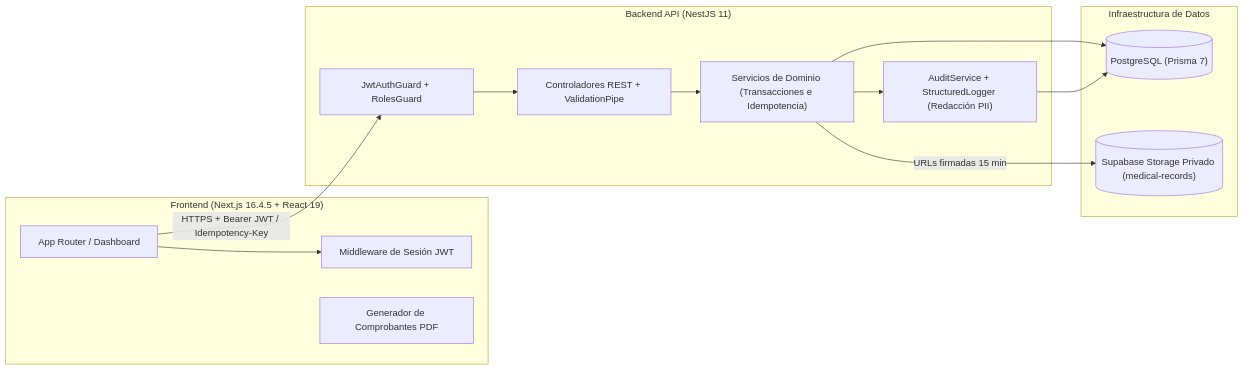
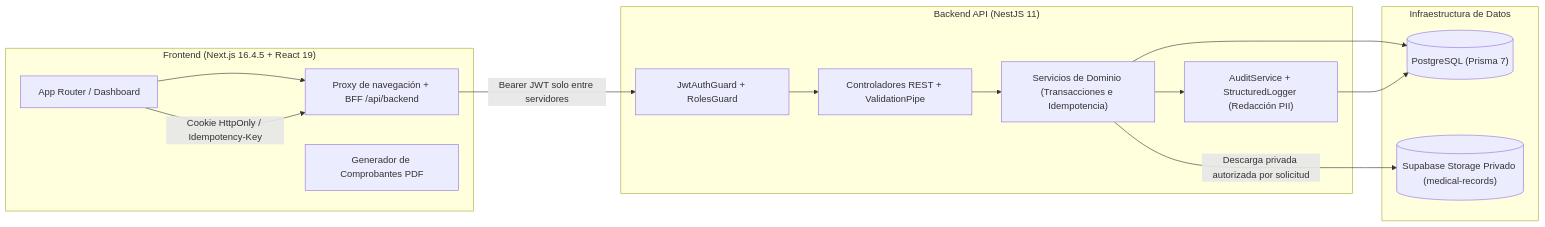
The diagram in README.md (tomireyes28/surmed-crm), drawn with Mermaid before and after one commit. The commit also changed other lines of this file and 14 other files, not shown here.

Commit message:
fix(web): proteger sesión con BFF HttpOnly y completar flujos de etapa 2

````diff
--- a/README.md
+++ b/README.md
@@ -9,29 +9,30 @@
 ```mermaid
 flowchart LR
   subgraph Cliente["Frontend (Next.js 16.4.5 + React 19)"]
     UI["App Router / Dashboard"]
-    MW["Middleware de Sesión JWT"]
+    MW["Proxy de navegación + BFF /api/backend"]
     PDF["Generador de Comprobantes PDF"]
   end
 
   subgraph Servidor["Backend API (NestJS 11)"]
     Guards["JwtAuthGuard + RolesGuard"]
     Controllers["Controladores REST + ValidationPipe"]
     Services["Servicios de Dominio (Transacciones e Idempotencia)"]
     Audit["AuditService + StructuredLogger (Redacción PII)"]
   end
 
   subgraph Persistencia["Infraestructura de Datos"]
     PG[("PostgreSQL (Prisma 7)")]
     SB[("Supabase Storage Privado (medical-records)")]
   end
 
   UI --> MW
-  UI -->|HTTPS + Bearer JWT / Idempotency-Key| Guards
+  UI -->|Cookie HttpOnly / Idempotency-Key| MW
+  MW -->|Bearer JWT solo entre servidores| Guards
   Guards --> Controllers
   Controllers --> Services
   Services --> PG
-  Services -->|URLs firmadas 15 min| SB
+  Services -->|Descarga privada autorizada por solicitud| SB
   Services --> Audit
   Audit --> PG
 ```
````
